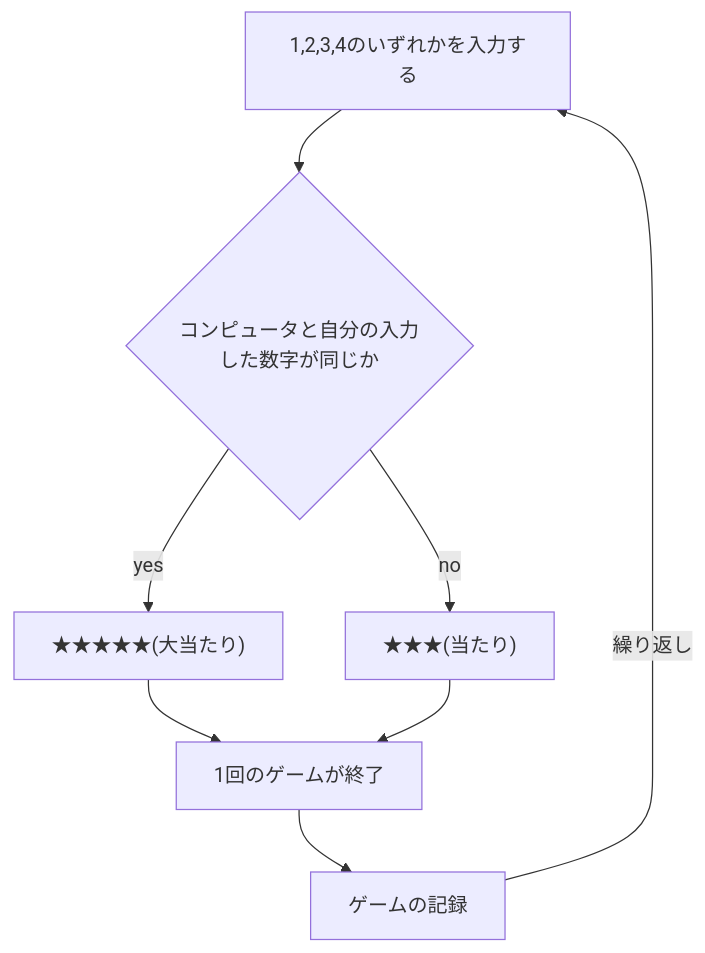
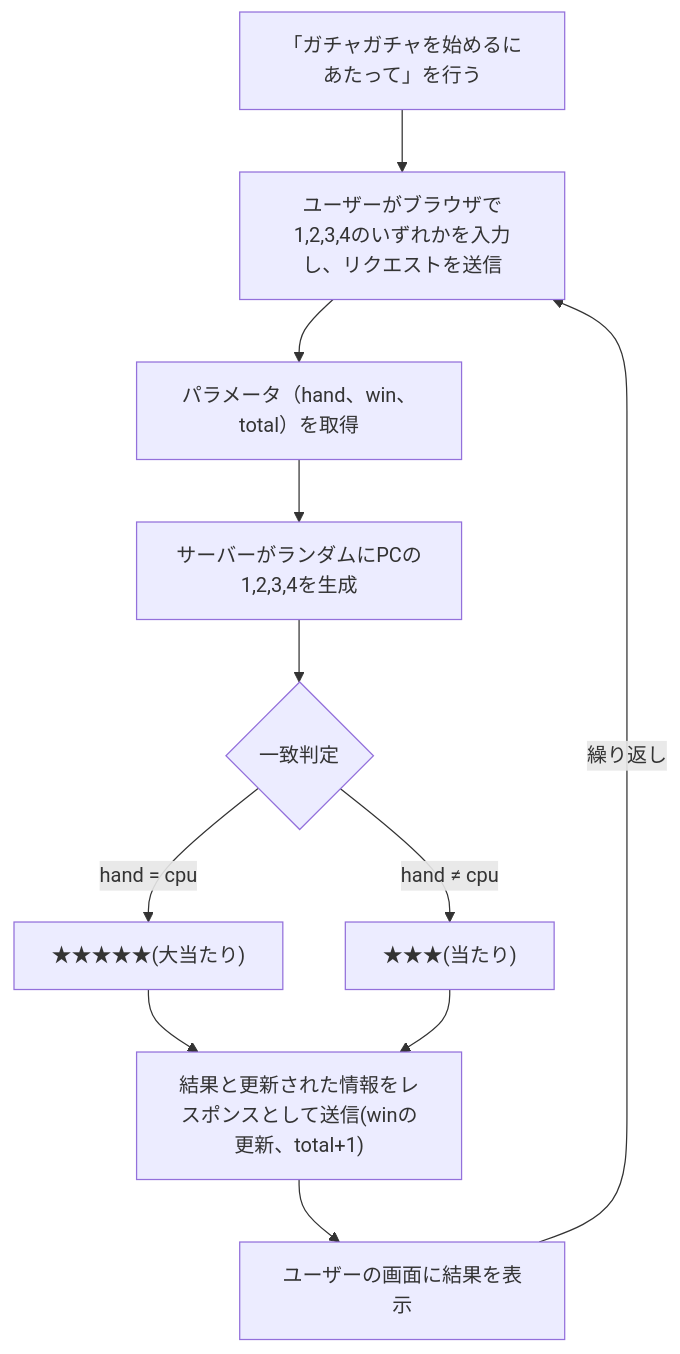
The second of 3 diagrams in README.md (Urban-Sea/webpro_06), drawn with Mermaid before and after one commit. The commit also changed other lines of this file and 19 other files, not shown here.

````diff
--- a/README.md
+++ b/README.md
@@ -191,19 +101,24 @@
 ```mermaid
 flowchart TD;
 
-start["1,2,3,4のいずれかを入力する"];
-end1["1回のゲームが終了"]
-if{"コンピュータと自分の入力した数字が同じか"}
+preparatiion1["「ガチャガチャを始めるにあたって」を行う"];
+preparatiion2["ユーザーがブラウザで1,2,3,4のいずれかを入力し、リクエストを送信"];
+start1["パラメータ（hand、win、total）を取得"];
+start2["サーバーがランダムにPCの1,2,3,4を生成"];
+end1["結果と更新された情報をレスポンスとして送信(winの更新、total+1)"]
+if{"一致判定"}
 win["★★★★★(大当たり)"]
 loose["★★★(当たり)"]
-total["ゲームの記録"]
+total["ユーザーの画面に結果を表示"]
 
-
-start --> if
-if -->|yes| win
+preparatiion1 --> preparatiion2
+preparatiion2 --> start1
+start1 --> start2
+start2 --> if
+if -->|hand = cpu| win
 win --> end1
-if -->|no| loose
+if -->|hand ≠ cpu| loose
 loose --> end1
 end1 --> total
-total --> |繰り返し| start
+total --> |繰り返し| preparatiion2
 ```
````
